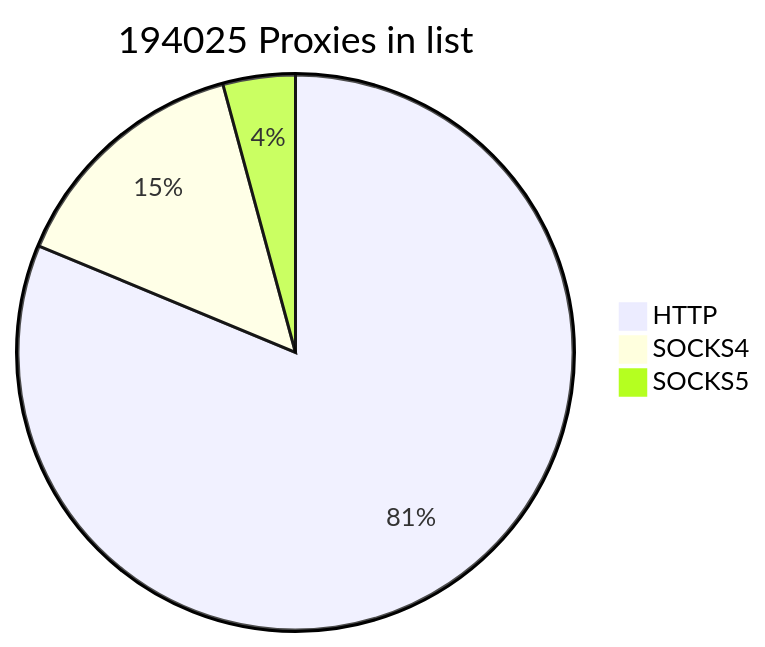
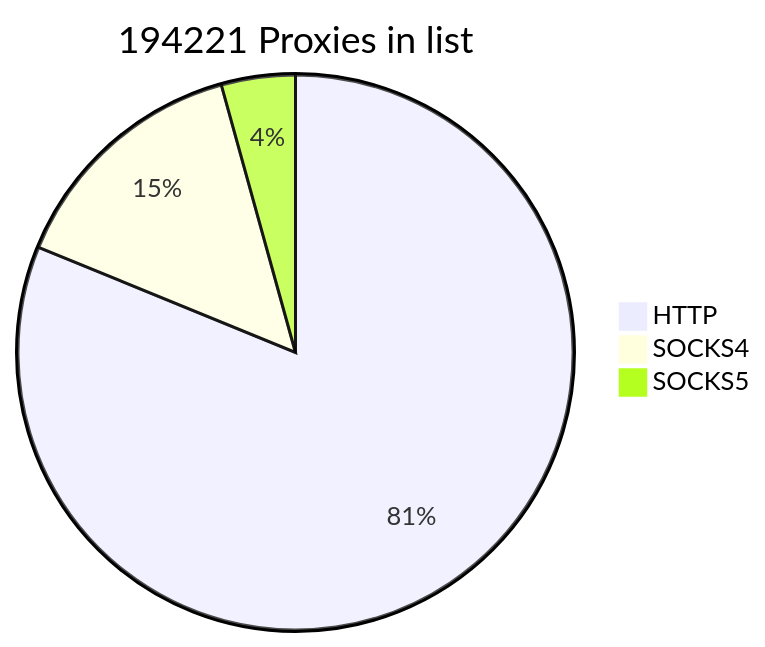
Before and after one commit to cutipu/proxylist: the first of 2 diagrams in README.md, drawn with Mermaid. The commit also changed other lines of this file, not shown here.

````diff
--- a/README.md
+++ b/README.md
@@ -2,7 +2,7 @@
 ```mermaid
-pie title 194025 Proxies in list
-    "HTTP" : 157669
-    "SOCKS4" : 28191
-    "SOCKS5" : 8165
+pie title 194221 Proxies in list
+    "HTTP" : 157674
+    "SOCKS4" : 28190
+    "SOCKS5" : 8357
             
 ```
````
